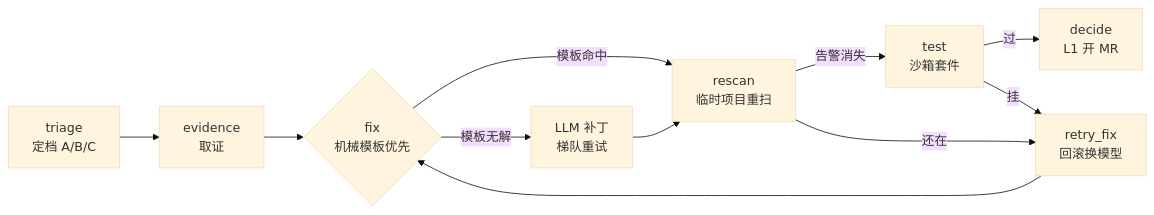
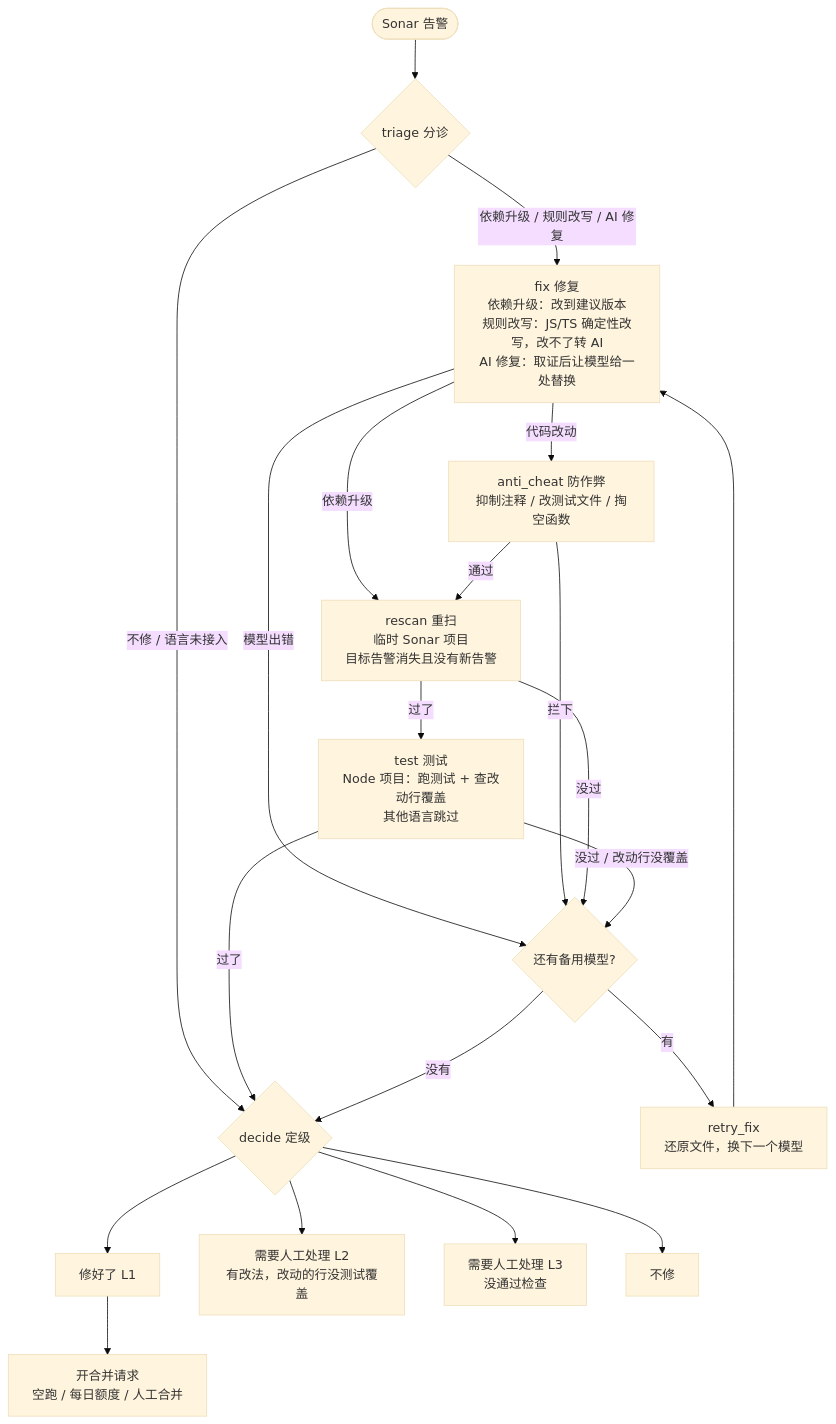
One commit to jiapy97/cleardebt changed the diagram in README.md. Above: the diagram before and after it, drawn with Mermaid (base theme). The commit also changed other lines of this file and 4 other files, not shown here.

First line of the commit message:
Show L2 and L3 as 需要人工处理, redraw the agent diagram

````diff
--- a/README.md
+++ b/README.md
@@ -9,13 +9,27 @@
 ```mermaid
-flowchart LR
-    T[triage<br/>定档 A/B/C] --> E[evidence<br/>取证]
-    E --> F{fix<br/>机械模板优先}
-    F -->|模板命中| R[rescan<br/>临时项目重扫]
-    F -->|模板无解| M[LLM 补丁<br/>梯队重试]
-    M --> R
-    R -->|告警消失| TS[test<br/>沙箱套件]
-    R -->|还在| RF[retry_fix<br/>回滚换模型]
-    RF --> F
-    TS -->|过| D[decide<br/>L1 开 MR]
-    TS -->|挂| RF
+flowchart TD
+    S([Sonar 告警]) --> T{triage 分诊}
+    T -->|不修 / 语言未接入| D
+    T -->|依赖升级 / 规则改写 / AI 修复| FX
+
+    FX[fix 修复<br/>依赖升级：改到建议版本<br/>规则改写：JS/TS 确定性改写，改不了转 AI<br/>AI 修复：取证后让模型给一处替换]
+    FX -->|模型出错| RT
+    FX -->|依赖升级| RS
+    FX -->|代码改动| AC[anti_cheat 防作弊<br/>抑制注释 / 改测试文件 / 掏空函数]
+    AC -->|拦下| RT
+    AC -->|通过| RS[rescan 重扫<br/>临时 Sonar 项目<br/>目标告警消失且没有新告警]
+    RS -->|没过| RT
+    RS -->|过了| TS[test 测试<br/>Node 项目：跑测试 + 查改动行覆盖<br/>其他语言跳过]
+    TS -->|没过 / 改动行没覆盖| RT
+    TS -->|过了| D
+
+    RT{还有备用模型?}
+    RT -->|有| RF[retry_fix<br/>还原文件，换下一个模型] --> FX
+    RT -->|没有| D
+
+    D{decide 定级}
+    D --> L1[修好了 L1] --> MR[开合并请求<br/>空跑 / 每日额度 / 人工合并]
+    D --> L2[需要人工处理 L2<br/>有改法，改动的行没测试覆盖]
+    D --> L3[需要人工处理 L3<br/>没通过检查]
+    D --> SK[不修]
 ```
````
